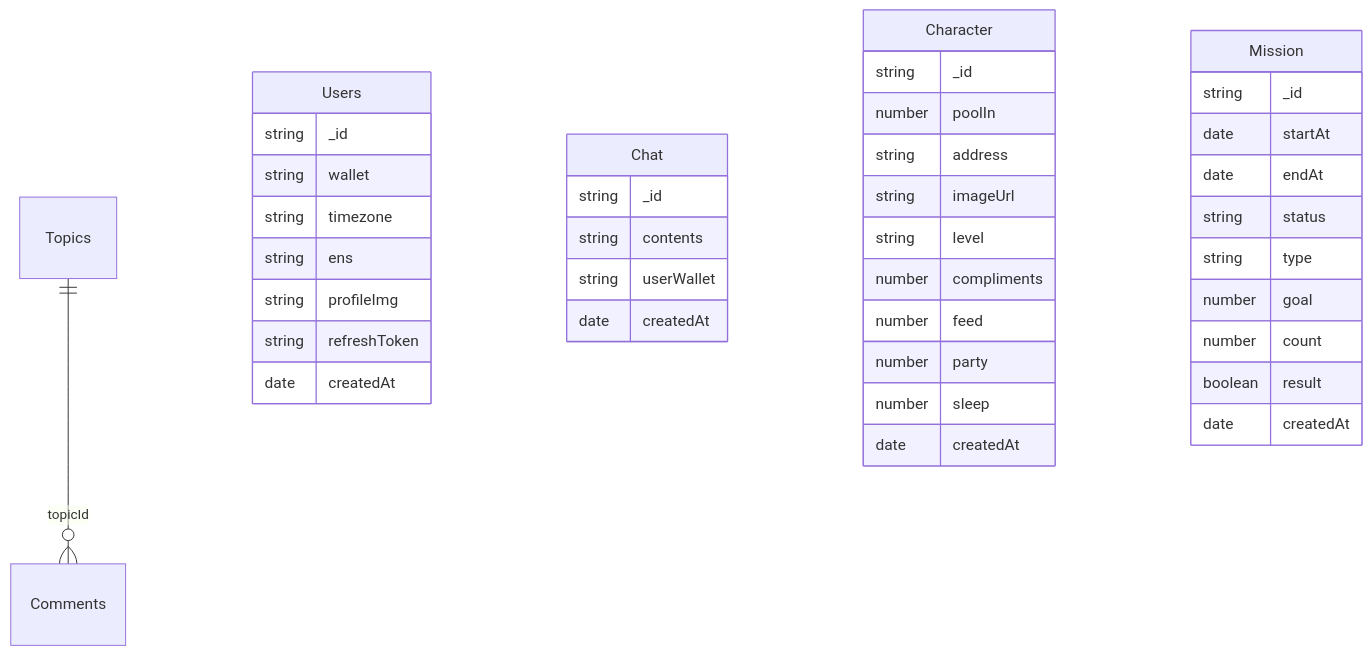
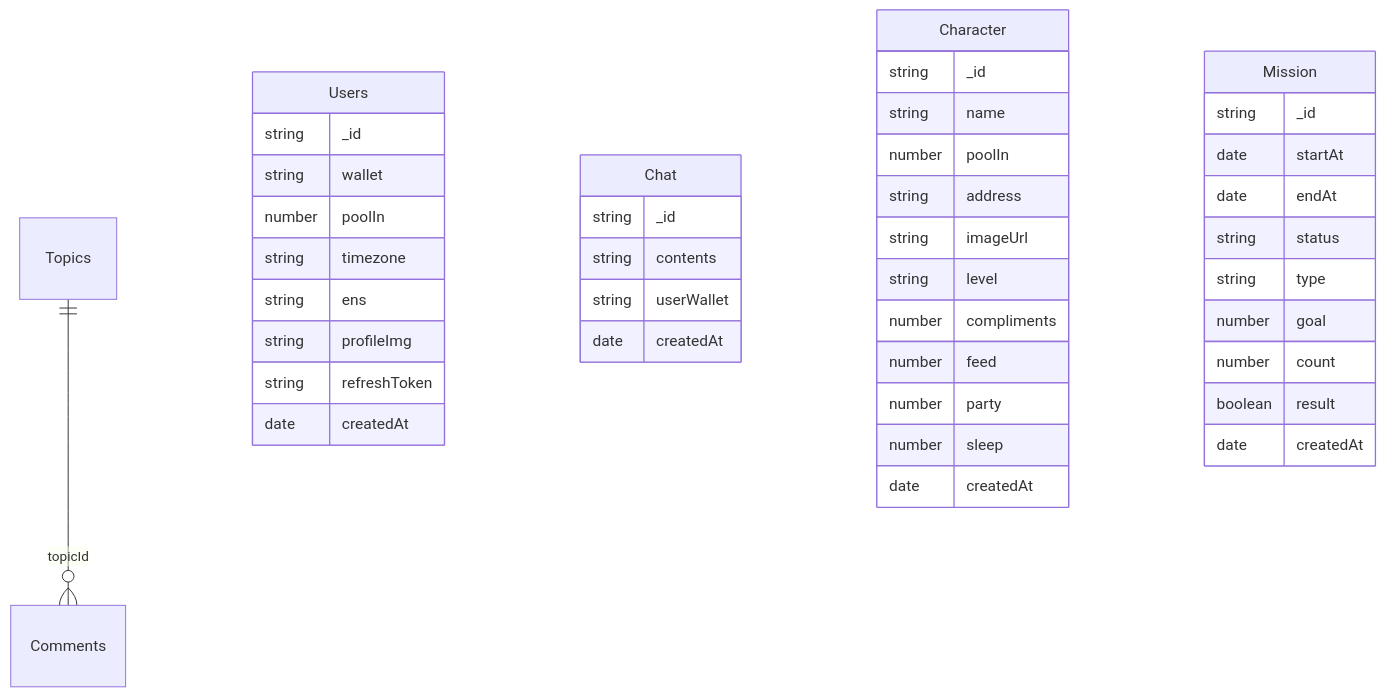
The diagram in README.md (squad-labs/kumagotchi-server), drawn with Mermaid before and after one commit. The commit also changed 14 other files, not shown here.

````diff
--- a/README.md
+++ b/README.md
@@ -5,46 +5,48 @@
 ```mermaid
 erDiagram
   Topics ||--o{ Comments : topicId
 
   Users {
     string _id
     string wallet
+    number poolIn
     string timezone
     string ens
     string profileImg
     string refreshToken
     date createdAt
   }
 
   Chat {
     string _id
     string contents
     string userWallet
     date createdAt
   }
 
   Character {
     string _id
+    string name
     number poolIn
     string address
     string imageUrl
     string level
     number compliments
     number feed
     number party
     number sleep
     date createdAt
   }
 
   Mission {
     string _id
     date startAt
     date endAt
     string status
     string type
     number goal
     number count
     boolean result
     date createdAt
   }
 ```
````
